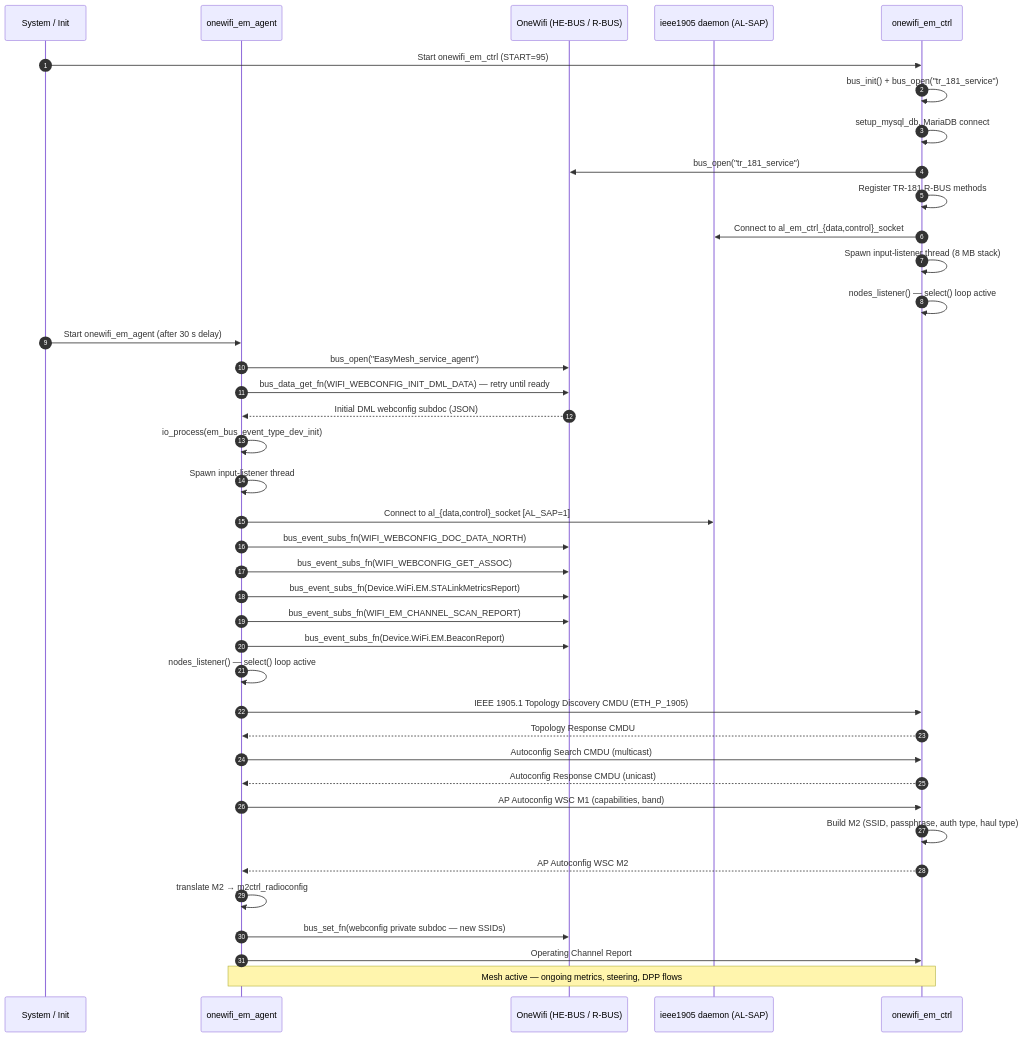
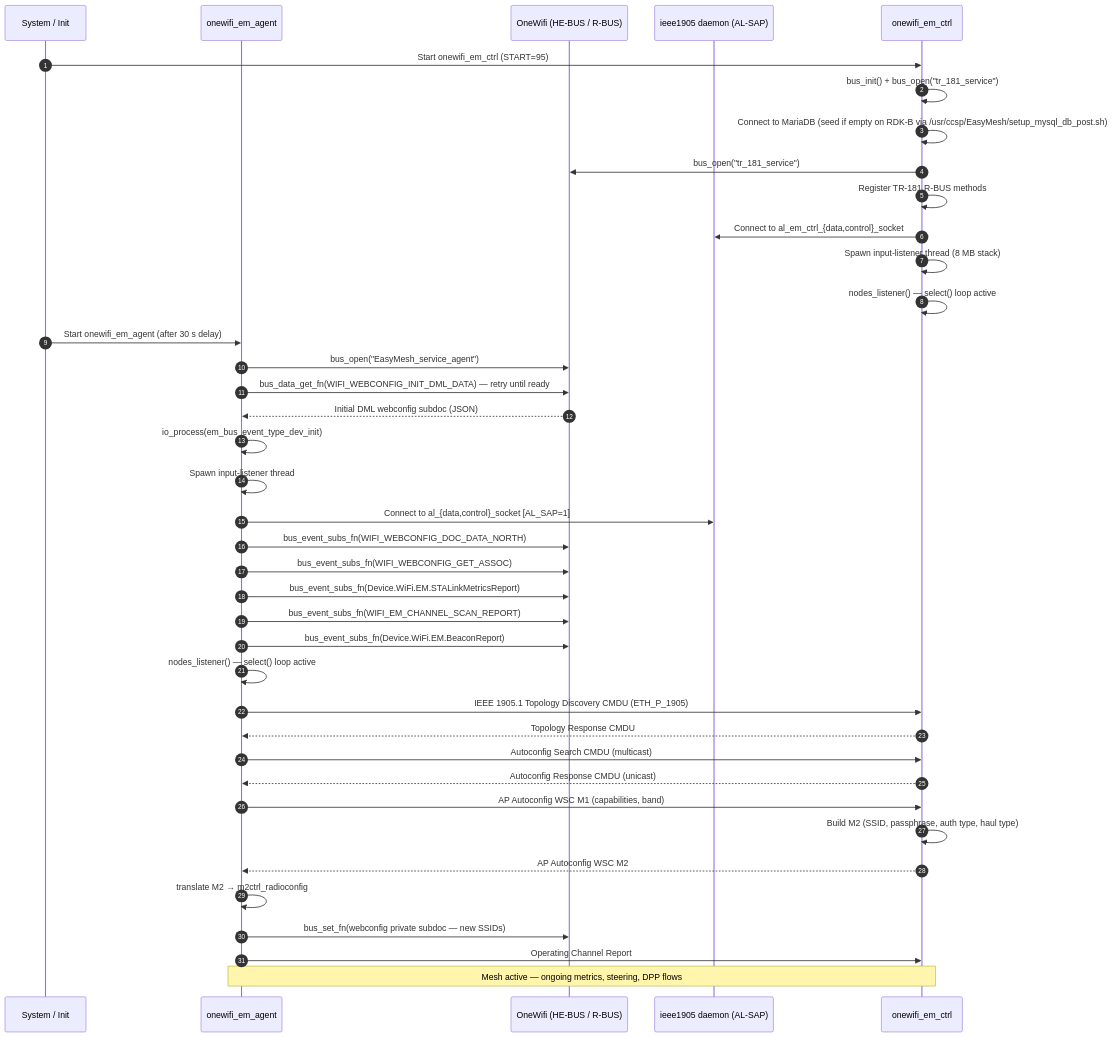
Before and after one commit to rdkcentral/unified-wifi-mesh: the third of 17 diagrams in docs/README.md, drawn with Mermaid.

Commit message:
Potential fix for pull request finding

````diff
--- a/docs/README.md
+++ b/docs/README.md
@@ -183,43 +183,43 @@
 ```mermaid
 sequenceDiagram
     autonumber
     participant Sys as System / Init
     participant Agent as onewifi_em_agent
     participant OW as OneWifi (HE-BUS / R-BUS)
     participant ALSAP as ieee1905 daemon (AL-SAP)
     participant Ctrl as onewifi_em_ctrl
 
     Sys->>Ctrl: Start onewifi_em_ctrl (START=95)
     Ctrl->>Ctrl: bus_init() + bus_open("tr_181_service")
-    Ctrl->>Ctrl: setup_mysql_db, MariaDB connect
+    Ctrl->>Ctrl: Connect to MariaDB (seed if empty on RDK-B via /usr/ccsp/EasyMesh/setup_mysql_db_post.sh)
     Ctrl->>OW: bus_open("tr_181_service")
     Ctrl->>Ctrl: Register TR-181 R-BUS methods
     Ctrl->>ALSAP: Connect to al_em_ctrl_{data,control}_socket
     Ctrl->>Ctrl: Spawn input-listener thread (8 MB stack)
     Ctrl->>Ctrl: nodes_listener() — select() loop active
 
     Sys->>Agent: Start onewifi_em_agent (after 30 s delay)
     Agent->>OW: bus_open("EasyMesh_service_agent")
     Agent->>OW: bus_data_get_fn(WIFI_WEBCONFIG_INIT_DML_DATA) — retry until ready
     OW-->>Agent: Initial DML webconfig subdoc (JSON)
     Agent->>Agent: io_process(em_bus_event_type_dev_init)
     Agent->>Agent: Spawn input-listener thread
     Agent->>ALSAP: Connect to al_{data,control}_socket [AL_SAP=1]
     Agent->>OW: bus_event_subs_fn(WIFI_WEBCONFIG_DOC_DATA_NORTH)
     Agent->>OW: bus_event_subs_fn(WIFI_WEBCONFIG_GET_ASSOC)
     Agent->>OW: bus_event_subs_fn(Device.WiFi.EM.STALinkMetricsReport)
     Agent->>OW: bus_event_subs_fn(WIFI_EM_CHANNEL_SCAN_REPORT)
     Agent->>OW: bus_event_subs_fn(Device.WiFi.EM.BeaconReport)
     Agent->>Agent: nodes_listener() — select() loop active
     Agent->>Ctrl: IEEE 1905.1 Topology Discovery CMDU (ETH_P_1905)
     Ctrl-->>Agent: Topology Response CMDU
     Agent->>Ctrl: Autoconfig Search CMDU (multicast)
     Ctrl-->>Agent: Autoconfig Response CMDU (unicast)
     Agent->>Ctrl: AP Autoconfig WSC M1 (capabilities, band)
     Ctrl->>Ctrl: Build M2 (SSID, passphrase, auth type, haul type)
     Ctrl-->>Agent: AP Autoconfig WSC M2
     Agent->>Agent: translate M2 → m2ctrl_radioconfig
     Agent->>OW: bus_set_fn(webconfig private subdoc — new SSIDs)
     Agent->>Ctrl: Operating Channel Report
     Note over Agent,Ctrl: Mesh active — ongoing metrics, steering, DPP flows
 ```
````
